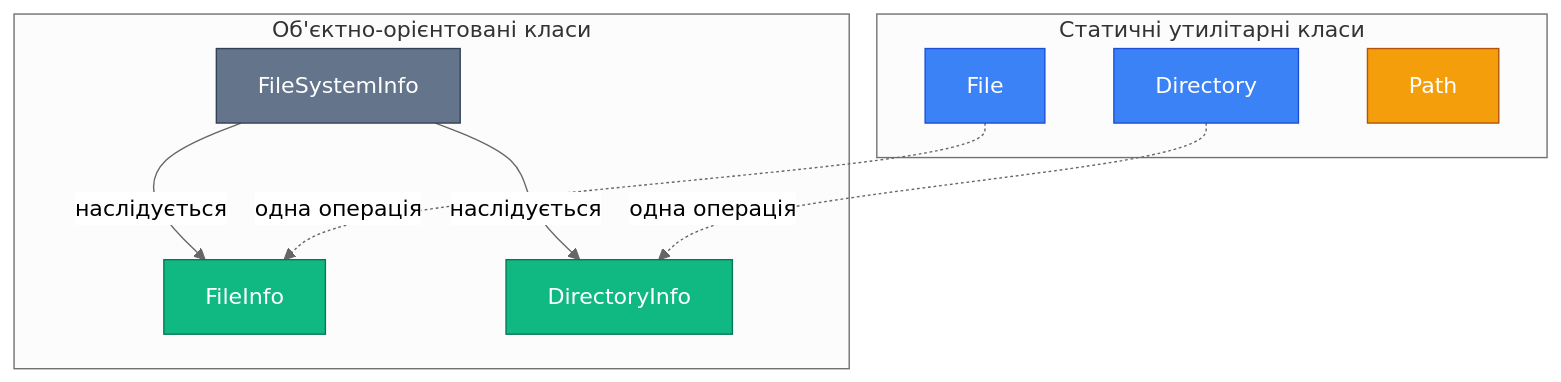
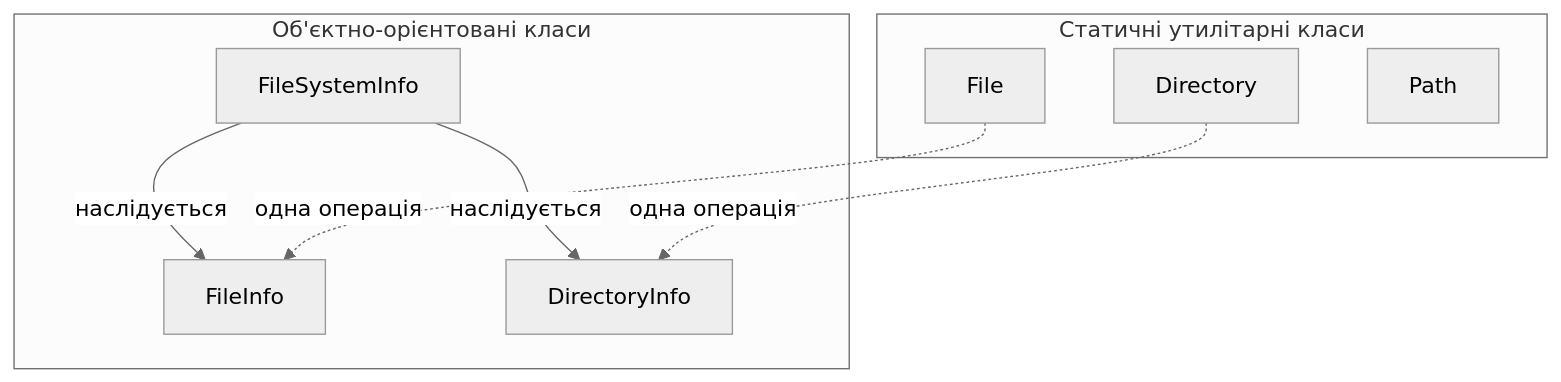
One commit to arakviel/kostyl.dev changed the second of 2 diagrams in content/01.csharp/08.io/01.file-system-basics.md. Above: the diagram before and after it, drawn with Mermaid (neutral theme). The commit also changed other lines of this file and 25 other files, not shown here.

````diff
--- a/content/01.csharp/08.io/01.file-system-basics.md
+++ b/content/01.csharp/08.io/01.file-system-basics.md
@@ -78,27 +81,21 @@
 ```mermaid
 graph TB
-    subgraph "Статичні утилітарні класи"
-        A[File] 
-        B[Directory]
-        C[Path]
-    end
-    
+subgraph "Статичні утилітарні класи"
+A[File]
+B[Directory]
+C[Path]
+end
+
     subgraph "Об'єктно-орієнтовані класи"
         D[FileInfo]
         E[DirectoryInfo]
         F[FileSystemInfo]
     end
-    
+
     F -->|наслідується| D
     F -->|наслідується| E
-    
+
     A -.одна операція.-> D
     B -.одна операція.-> E
-    
-    style A fill:#3b82f6,stroke:#1d4ed8,color:#ffffff
-    style B fill:#3b82f6,stroke:#1d4ed8,color:#ffffff
-    style C fill:#f59e0b,stroke:#b45309,color:#ffffff
-    style D fill:#10b981,stroke:#047857,color:#ffffff
-    style E fill:#10b981,stroke:#047857,color:#ffffff
-    style F fill:#64748b,stroke:#334155,color:#ffffff
+
 ```
````
